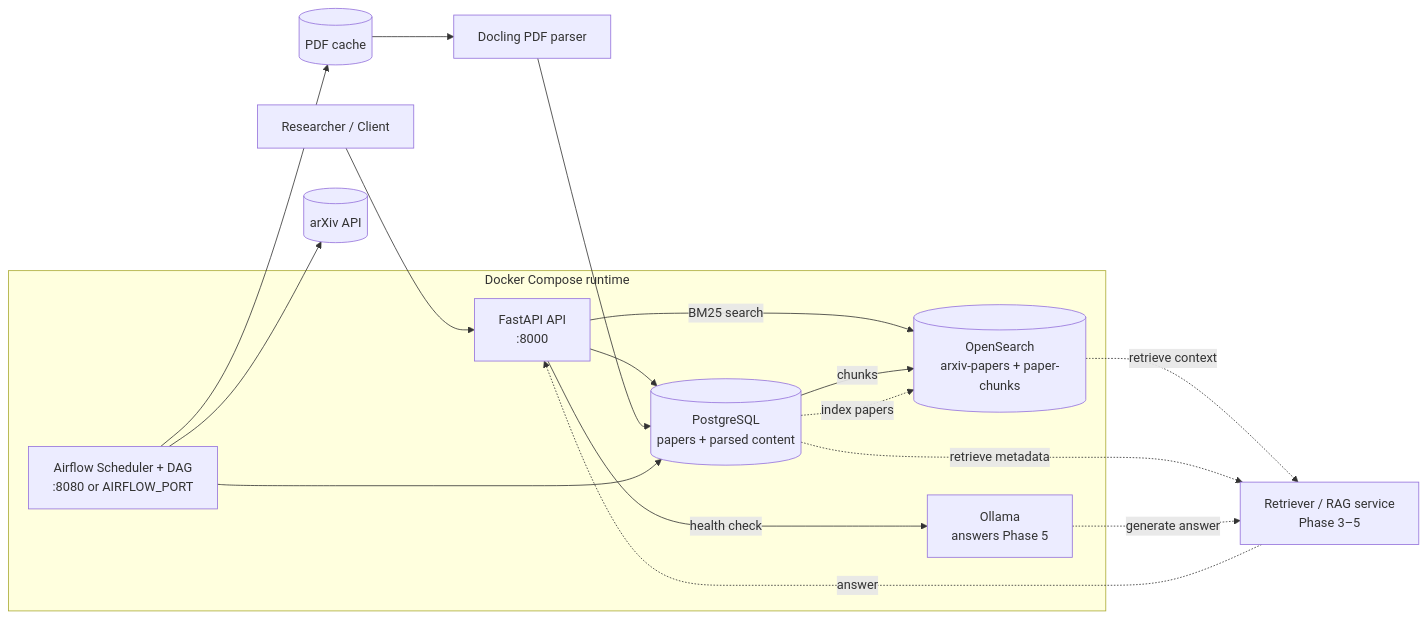
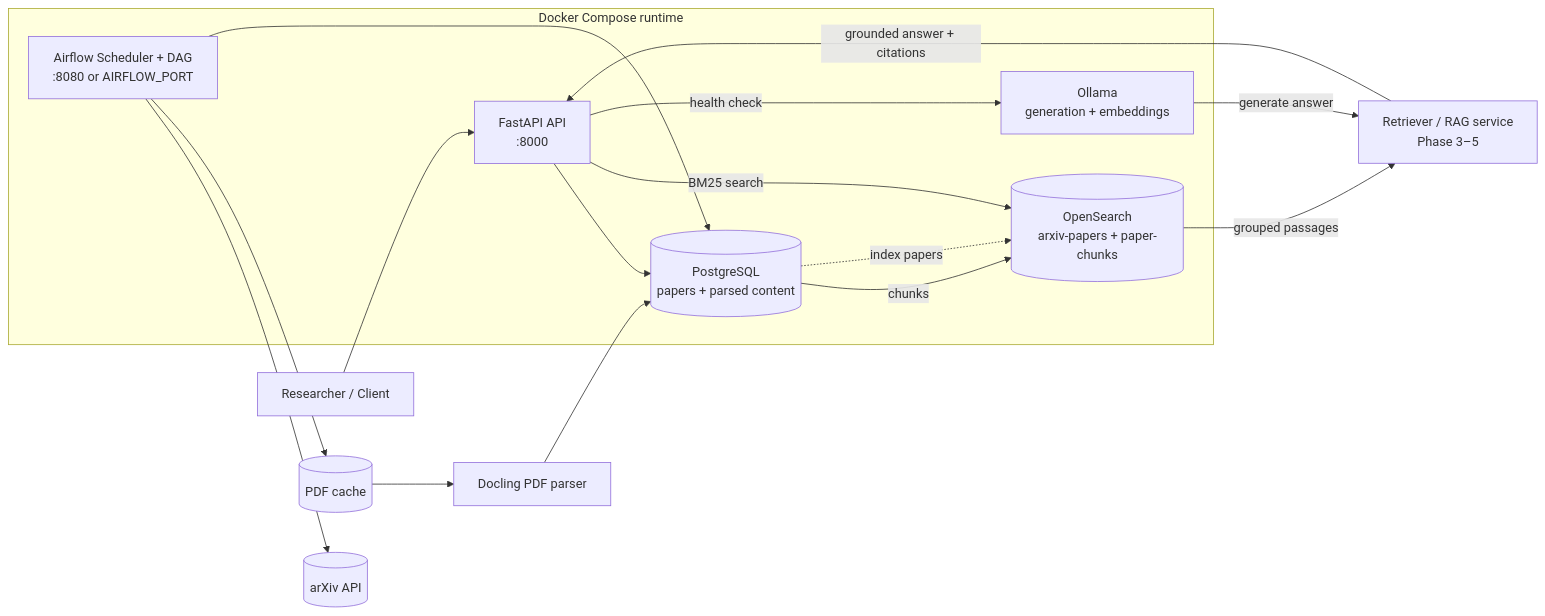
One commit to Xmen3em/AI-ScholarLens changed the first of 2 diagrams in README.md. Above: the diagram before and after it, drawn with Mermaid. The commit also changed other lines of this file and 6 other files, not shown here.

First line of the commit message:
feat: add Gradio interface for grounded answers

```diff
--- a/README.md
+++ b/README.md
@@ -26,35 +26,34 @@
 ~~~mermaid
 flowchart LR
     User[Researcher / Client]
 
     subgraph Runtime[Docker Compose runtime]
         API[FastAPI API<br/>:8000]
         Airflow[Airflow Scheduler + DAG<br/>:8080 or AIRFLOW_PORT]
         DB[(PostgreSQL<br/>papers + parsed content)]
         Search[(OpenSearch<br/>arxiv-papers + paper-chunks)]
-        Ollama[Ollama<br/>answers Phase 5]
+        Ollama[Ollama<br/>generation + embeddings]
     end
 
     Arxiv[(arXiv API)]
     PDF[(PDF cache)]
     Docling[Docling PDF parser]
     Retriever[Retriever / RAG service<br/>Phase 3–5]
 
     User --> API
     API --> DB
     API -- BM25 search --> Search
     API -- health check --> Ollama
 
     Airflow --> Arxiv
     Airflow --> PDF
     PDF --> Docling
     Docling --> DB
     DB -- chunks --> Search
     Airflow --> DB
 
     DB -. index papers .-> Search
-    Search -. retrieve context .-> Retriever
-    DB -. retrieve metadata .-> Retriever
-    Ollama -. generate answer .-> Retriever
-    Retriever -. answer .-> API
+    Search -- grouped passages --> Retriever
+    Ollama -- generate answer --> Retriever
+    Retriever -- grounded answer + citations --> API
 ~~~
```
